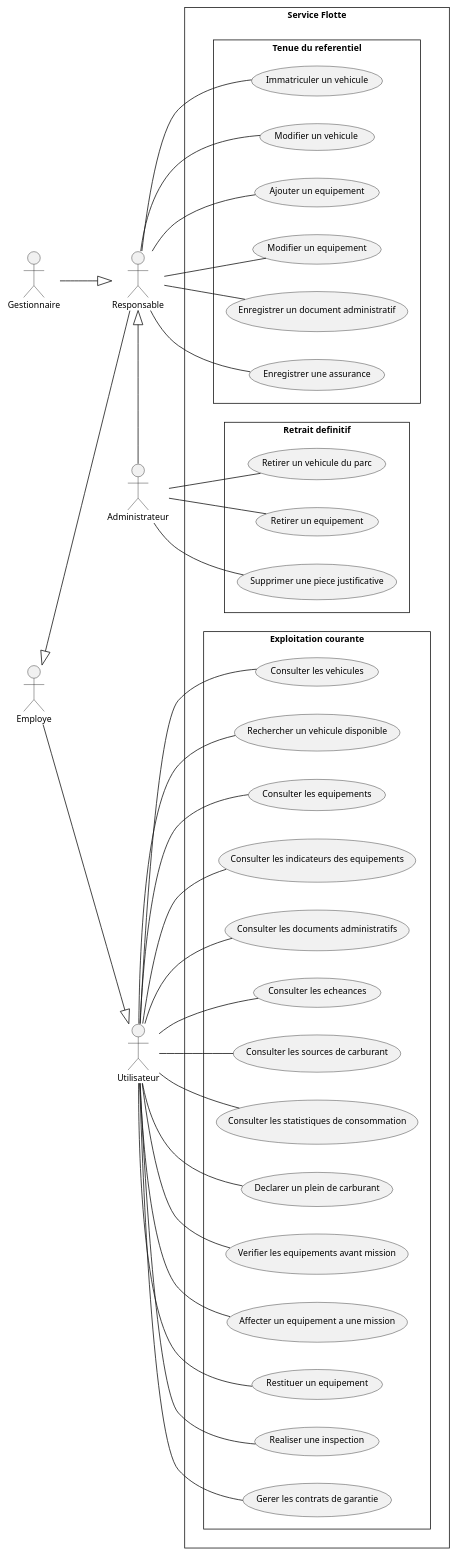
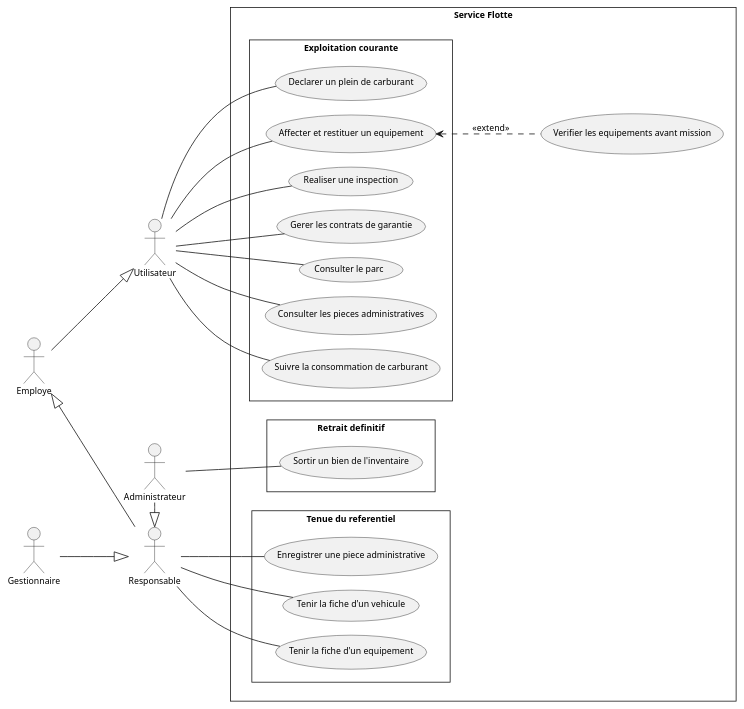
Before and after one commit to saber-barhoumi/Xpark-gmao: the diagram in docs/diagrams/microservices/Fleet/Fleet-usecase.puml, drawn with PlantUML. The commit also changed 15 other files, not shown here.

First line of the commit message:
docs(uml): cas d'utilisation au format paysage, acteurs secondaires a droite

```diff
--- a/docs/diagrams/microservices/Fleet/Fleet-usecase.puml
+++ b/docs/diagrams/microservices/Fleet/Fleet-usecase.puml
@@ -1,82 +1,63 @@
 @startuml
 skinparam style strictuml
 skinparam packageStyle rectangle
 skinparam shadowing false
 skinparam defaultFontName Verdana
 skinparam defaultFontSize 11
 skinparam backgroundColor #FFFFFF
+skinparam nodesep 18
+skinparam ranksep 80
 left to right direction
 
 ' Acteurs, alignes a gauche : les porteurs d'associations sont
 ' accoles a la frontiere, les acteurs structurels a leur gauche
 actor "Utilisateur" as Utilisateur
 actor "Employe" as Employe
 actor "Responsable" as Responsable
 actor "Administrateur" as Administrateur
 actor "Gestionnaire" as Gestionnaire
 
 ' Generalisation : triangle creux, de l'enfant vers le parent
 Employe -down-|> Utilisateur
 Responsable -up-|> Employe
 Administrateur -left-|> Responsable
 Gestionnaire -down-|> Responsable
 
 rectangle "Service Flotte" {
   package "Exploitation courante" {
-    usecase "Consulter les vehicules" as UC_Consulter_les_vehicules
-    usecase "Rechercher un vehicule disponible" as UC_Rechercher_un_vehicule_disponible
-    usecase "Consulter les equipements" as UC_Consulter_les_equipements
-    usecase "Consulter les indicateurs des equipements" as UC_Consulter_les_indicateurs_des_equi
-    usecase "Consulter les documents administratifs" as UC_Consulter_les_documents_administra
-    usecase "Consulter les echeances" as UC_Consulter_les_echeances
-    usecase "Consulter les sources de carburant" as UC_Consulter_les_sources_de_carburant
-    usecase "Consulter les statistiques de consommation" as UC_Consulter_les_statistiques_de_cons
+    usecase "Consulter le parc" as UC_Consulter_le_parc
+    usecase "Consulter les pieces administratives" as UC_Consulter_les_pieces_administrativ
+    usecase "Suivre la consommation de carburant" as UC_Suivre_la_consommation_de_carburan
     usecase "Declarer un plein de carburant" as UC_Declarer_un_plein_de_carburant
-    usecase "Verifier les equipements avant mission" as UC_Verifier_les_equipements_avant_mis
-    usecase "Affecter un equipement a une mission" as UC_Affecter_un_equipement_a_une_missi
-    usecase "Restituer un equipement" as UC_Restituer_un_equipement
+    usecase "Affecter et restituer un equipement" as UC_Affecter_et_restituer_un_equipemen
     usecase "Realiser une inspection" as UC_Realiser_une_inspection
     usecase "Gerer les contrats de garantie" as UC_Gerer_les_contrats_de_garantie
   }
   package "Tenue du referentiel" {
-    usecase "Immatriculer un vehicule" as UC_Immatriculer_un_vehicule
-    usecase "Modifier un vehicule" as UC_Modifier_un_vehicule
-    usecase "Ajouter un equipement" as UC_Ajouter_un_equipement
-    usecase "Modifier un equipement" as UC_Modifier_un_equipement
-    usecase "Enregistrer un document administratif" as UC_Enregistrer_un_document_administra
-    usecase "Enregistrer une assurance" as UC_Enregistrer_une_assurance
+    usecase "Tenir la fiche d'un vehicule" as UC_Tenir_la_fiche_d_un_vehicule
+    usecase "Tenir la fiche d'un equipement" as UC_Tenir_la_fiche_d_un_equipement
+    usecase "Enregistrer une piece administrative" as UC_Enregistrer_une_piece_administrati
   }
   package "Retrait definitif" {
-    usecase "Retirer un vehicule du parc" as UC_Retirer_un_vehicule_du_parc
-    usecase "Retirer un equipement" as UC_Retirer_un_equipement
-    usecase "Supprimer une piece justificative" as UC_Supprimer_une_piece_justificative
+    usecase "Sortir un bien de l'inventaire" as UC_Sortir_un_bien_de_l_inventaire
   }
+  usecase "Verifier les equipements avant mission" as UC_Verifier_les_equipements_avant_mis
 }
 
 ' Associations : trait continu sans fleche (relation d'association)
-Utilisateur -- UC_Consulter_les_vehicules
-Utilisateur -- UC_Rechercher_un_vehicule_disponible
-Utilisateur -- UC_Consulter_les_equipements
-Utilisateur -- UC_Consulter_les_indicateurs_des_equi
-Utilisateur -- UC_Consulter_les_documents_administra
-Utilisateur -- UC_Consulter_les_echeances
-Utilisateur -- UC_Consulter_les_sources_de_carburant
-Utilisateur -- UC_Consulter_les_statistiques_de_cons
+Utilisateur -- UC_Consulter_le_parc
+Utilisateur -- UC_Consulter_les_pieces_administrativ
+Utilisateur -- UC_Suivre_la_consommation_de_carburan
 Utilisateur -- UC_Declarer_un_plein_de_carburant
-Utilisateur -- UC_Verifier_les_equipements_avant_mis
-Utilisateur -- UC_Affecter_un_equipement_a_une_missi
-Utilisateur -- UC_Restituer_un_equipement
+Utilisateur -- UC_Affecter_et_restituer_un_equipemen
 Utilisateur -- UC_Realiser_une_inspection
 Utilisateur -- UC_Gerer_les_contrats_de_garantie
-Responsable -- UC_Immatriculer_un_vehicule
-Responsable -- UC_Modifier_un_vehicule
-Responsable -- UC_Ajouter_un_equipement
-Responsable -- UC_Modifier_un_equipement
-Responsable -- UC_Enregistrer_un_document_administra
-Responsable -- UC_Enregistrer_une_assurance
-Administrateur -- UC_Retirer_un_vehicule_du_parc
-Administrateur -- UC_Retirer_un_equipement
-Administrateur -- UC_Supprimer_une_piece_justificative
+Responsable -- UC_Tenir_la_fiche_d_un_vehicule
+Responsable -- UC_Tenir_la_fiche_d_un_equipement
+Responsable -- UC_Enregistrer_une_piece_administrati
+Administrateur -- UC_Sortir_un_bien_de_l_inventaire
 
+' << extend >> : la pointe designe le cas de base
+UC_Affecter_et_restituer_un_equipemen <.. UC_Verifier_les_equipements_avant_mis : << extend >>
 
 @enduml
```
